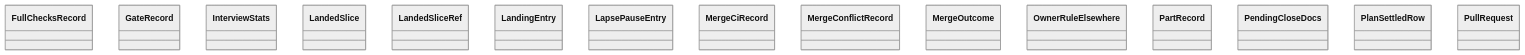
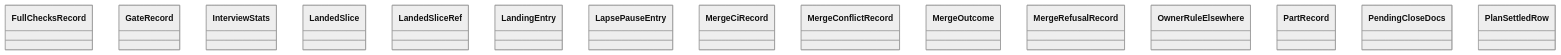
Before and after one commit to GonzaloZevallos/agentic-system: the diagram in docs/architecture/generated/classes-process-domain-state-4.md, drawn with Mermaid (neutral theme). The commit also changed 4 other files, not shown here.

````diff
--- a/docs/architecture/generated/classes-process-domain-state-4.md
+++ b/docs/architecture/generated/classes-process-domain-state-4.md
@@ -21,18 +21,18 @@
 ```mermaid
 classDiagram
     class task__FullChecksRecord["FullChecksRecord"]
     class task__GateRecord["GateRecord"]
     class task__InterviewStats["InterviewStats"]
     class task__LandedSlice["LandedSlice"]
     class task__LandedSliceRef["LandedSliceRef"]
     class task__LandingEntry["LandingEntry"]
     class task__LapsePauseEntry["LapsePauseEntry"]
     class task__MergeCiRecord["MergeCiRecord"]
     class task__MergeConflictRecord["MergeConflictRecord"]
     class task__MergeOutcome["MergeOutcome"]
+    class task__MergeRefusalRecord["MergeRefusalRecord"]
     class task__OwnerRuleElsewhere["OwnerRuleElsewhere"]
     class task__PartRecord["PartRecord"]
     class task__PendingCloseDocs["PendingCloseDocs"]
     class task__PlanSettledRow["PlanSettledRow"]
-    class task__PullRequest["PullRequest"]
 ```
````
